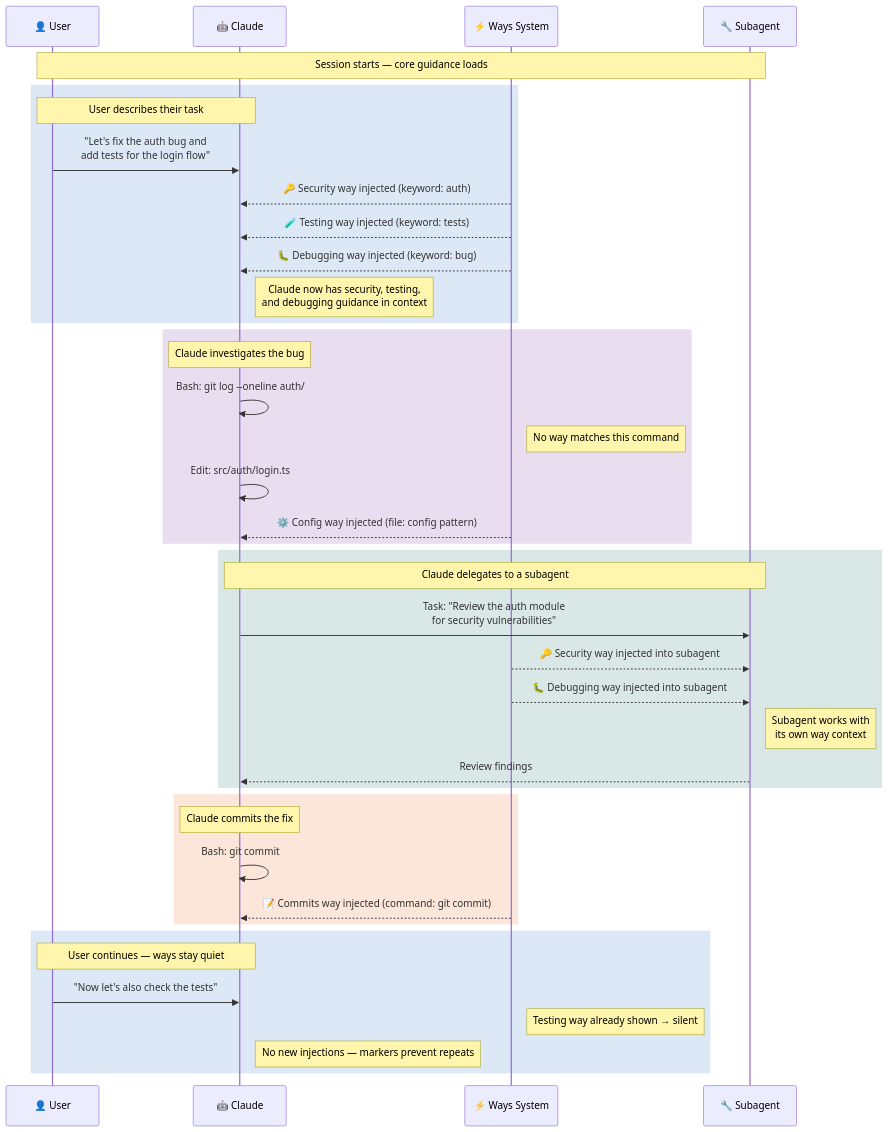
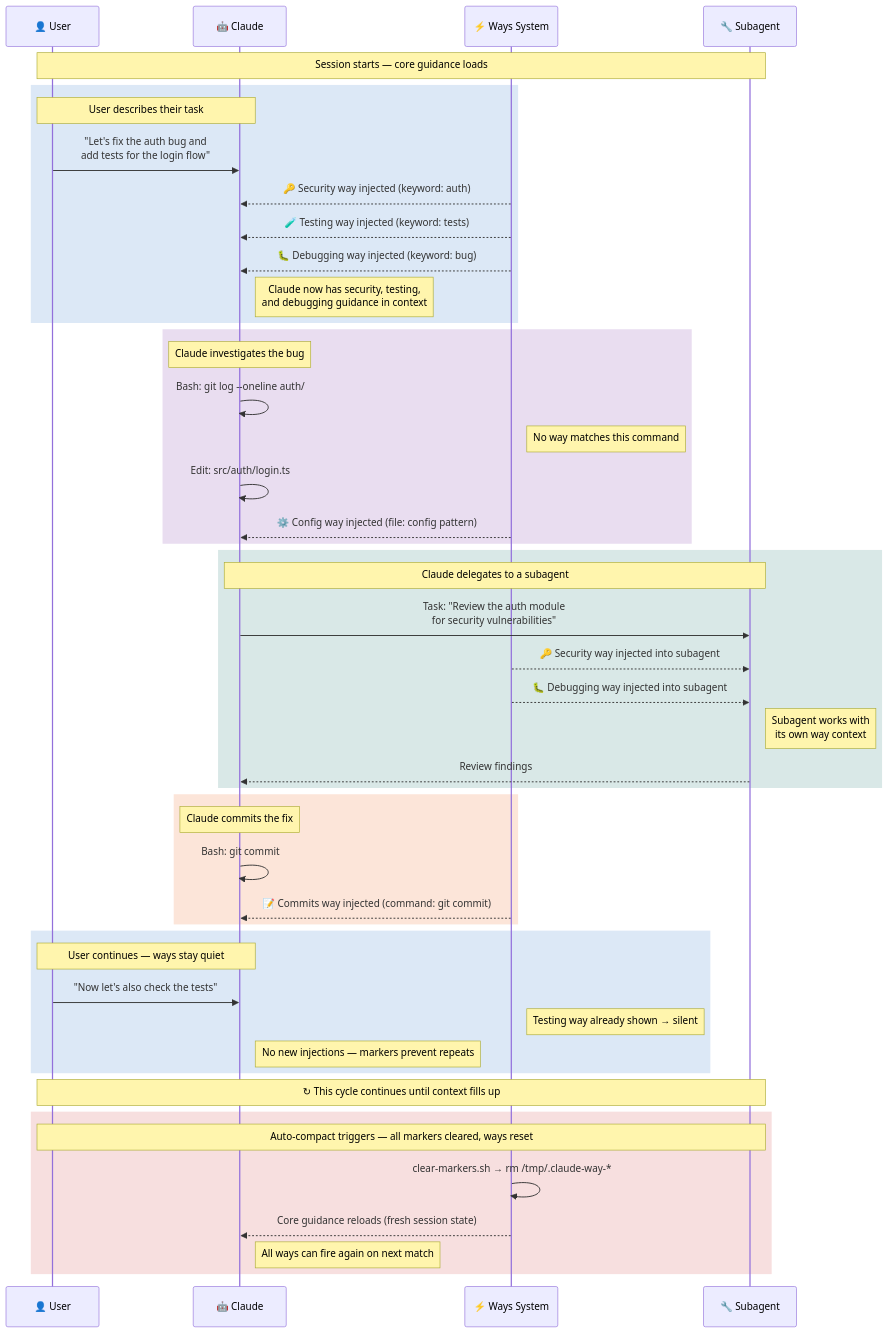
The first of 12 diagrams in docs/architecture.md (ZZirbel/claude-code-config), drawn with Mermaid before and after one commit.

Commit message:
docs: add compact reset to session flow diagram

````diff
--- a/docs/architecture.md
+++ b/docs/architecture.md
@@ -9,48 +9,57 @@
 ```mermaid
 sequenceDiagram
     participant U as 👤 User
     participant C as 🤖 Claude
     participant W as ⚡ Ways System
     participant S as 🔧 Subagent
 
     Note over U,S: Session starts — core guidance loads
 
     rect rgba(21, 101, 192, 0.15)
         Note over U,C: User describes their task
         U->>C: "Let's fix the auth bug and<br/>add tests for the login flow"
         W-->>C: 🔑 Security way injected (keyword: auth)
         W-->>C: 🧪 Testing way injected (keyword: tests)
         W-->>C: 🐛 Debugging way injected (keyword: bug)
         Note right of C: Claude now has security, testing,<br/>and debugging guidance in context
     end
 
     rect rgba(106, 27, 154, 0.15)
         Note over C,C: Claude investigates the bug
         C->>C: Bash: git log --oneline auth/
         Note right of W: No way matches this command
         C->>C: Edit: src/auth/login.ts
         W-->>C: ⚙️ Config way injected (file: config pattern)
     end
 
     rect rgba(0, 105, 92, 0.15)
         Note over C,S: Claude delegates to a subagent
         C->>S: Task: "Review the auth module<br/>for security vulnerabilities"
         W-->>S: 🔑 Security way injected into subagent
         W-->>S: 🐛 Debugging way injected into subagent
         Note right of S: Subagent works with<br/>its own way context
         S-->>C: Review findings
     end
 
     rect rgba(230, 81, 0, 0.15)
         Note over C,C: Claude commits the fix
         C->>C: Bash: git commit
         W-->>C: 📝 Commits way injected (command: git commit)
     end
 
     rect rgba(21, 101, 192, 0.15)
         Note over U,C: User continues — ways stay quiet
         U->>C: "Now let's also check the tests"
         Note right of W: Testing way already shown → silent
         Note right of C: No new injections — markers prevent repeats
     end
+
+    Note over U,S: ↻ This cycle continues until context fills up
+
+    rect rgba(198, 40, 40, 0.15)
+        Note over U,S: Auto-compact triggers — all markers cleared, ways reset
+        W->>W: clear-markers.sh → rm /tmp/.claude-way-*
+        W-->>C: Core guidance reloads (fresh session state)
+        Note right of C: All ways can fire again on next match
+    end
 ```
````
